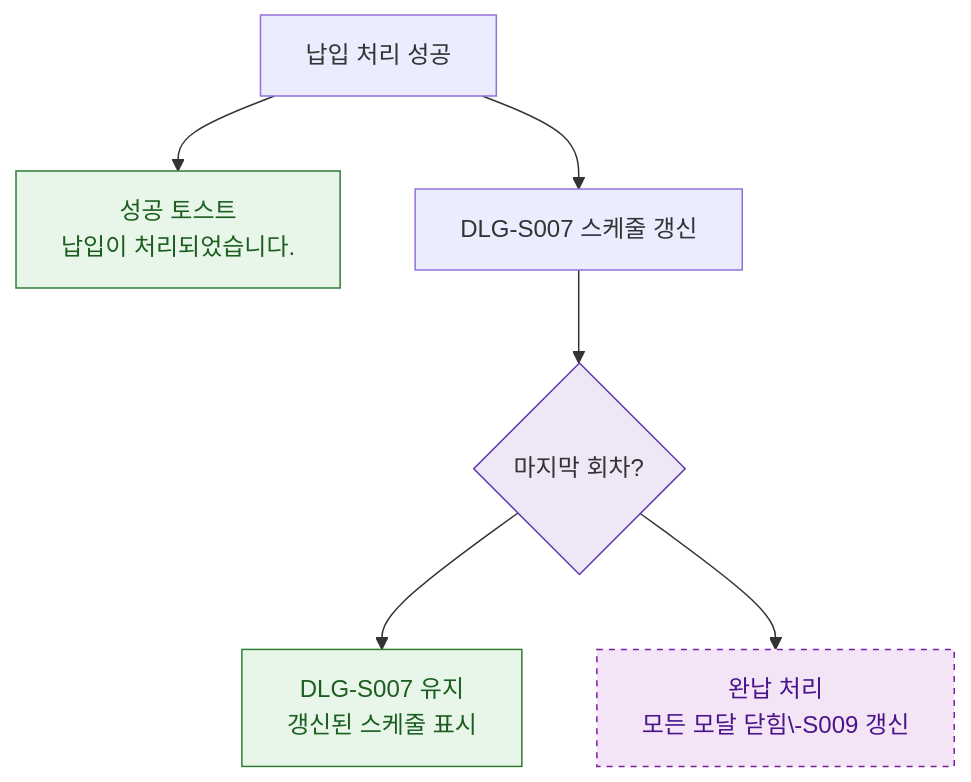
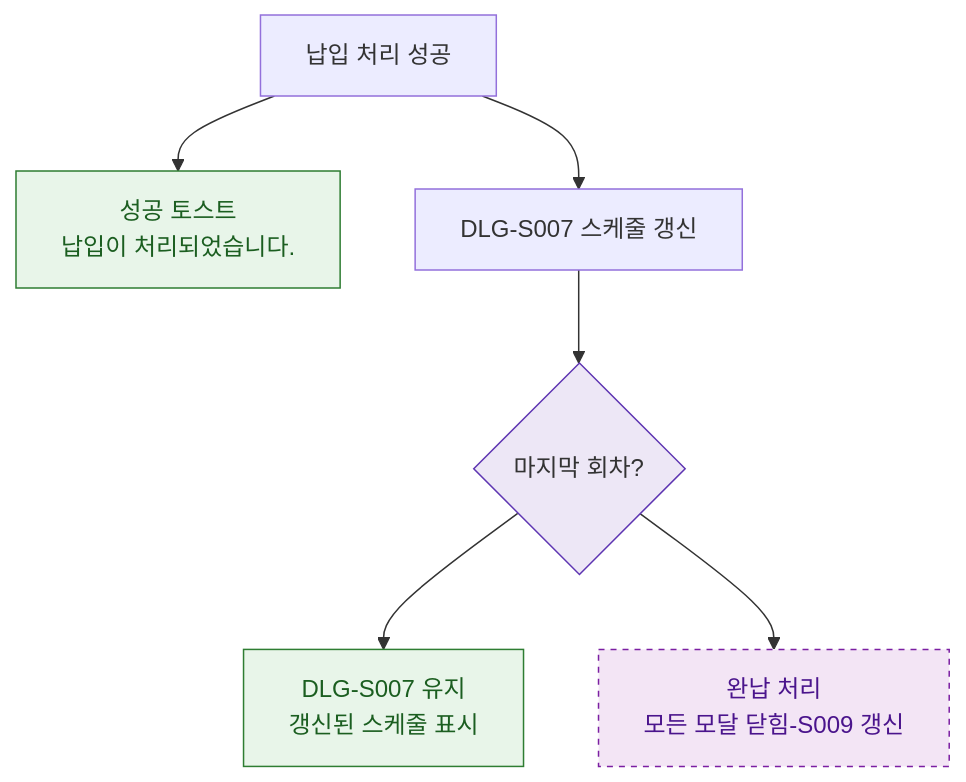
Before and after one commit to dev-spogym/admin-pando: the diagram in docs/admin/다이어그램/D03_매출관리/DLG-S008_납입처리/M3_결과분기.md, drawn with Mermaid. The commit also changed 369 other files, not shown here.

````diff
--- a/docs/admin/다이어그램/D03_매출관리/DLG-S008_납입처리/M3_결과분기.md
+++ b/docs/admin/다이어그램/D03_매출관리/DLG-S008_납입처리/M3_결과분기.md
@@ -18,16 +18,16 @@
 ```mermaid
 flowchart TD
     PAY_OK[납입 처리 성공] --> SUCCESS_TOAST[성공 토스트\n납입이 처리되었습니다.]
     PAY_OK --> DLG_S007_REFRESH[DLG-S007 스케줄 갱신]
     DLG_S007_REFRESH --> LAST{마지막 회차?}
     LAST --> CONTINUE[DLG-S007 유지\n갱신된 스케줄 표시]
-    LAST --> COMPLETE[완납 처리\n모든 모달 닫힘\-S009 갱신]
+    LAST --> COMPLETE[완납 처리\n모든 모달 닫힘-S009 갱신]
 
     classDef newFeature fill:#F3E5F5,stroke:#7B1FA2,color:#4A148C,stroke-dasharray:4 4
     classDef system fill:#EDE7F6,stroke:#5E35B2
     classDef success fill:#E8F5E9,stroke:#2E7D32,color:#1B5E20
 
     class COMPLETE newFeature
     class LAST system
     class SUCCESS_TOAST,CONTINUE success
 ```
````
